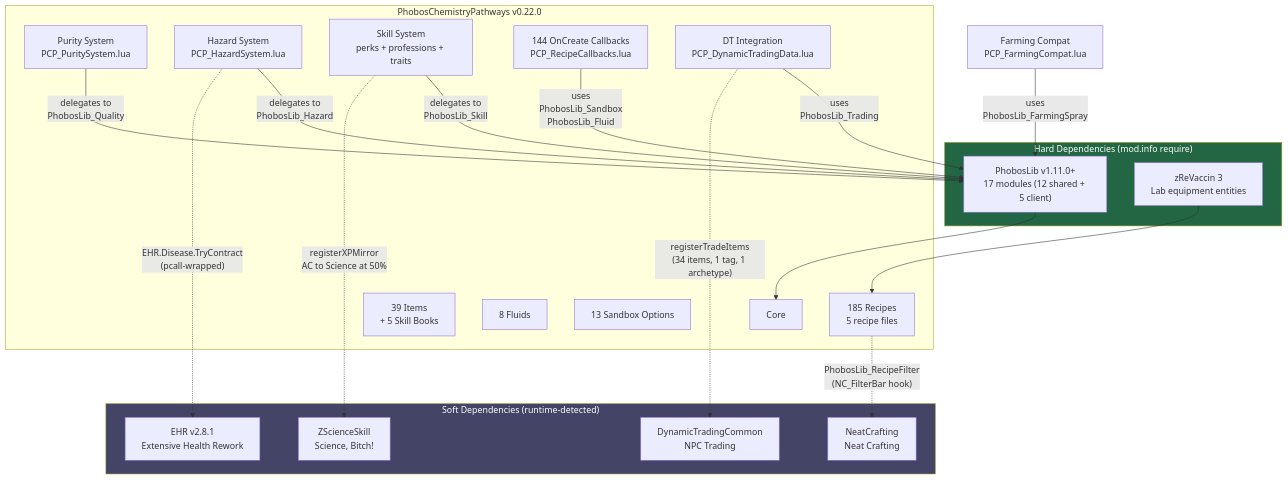
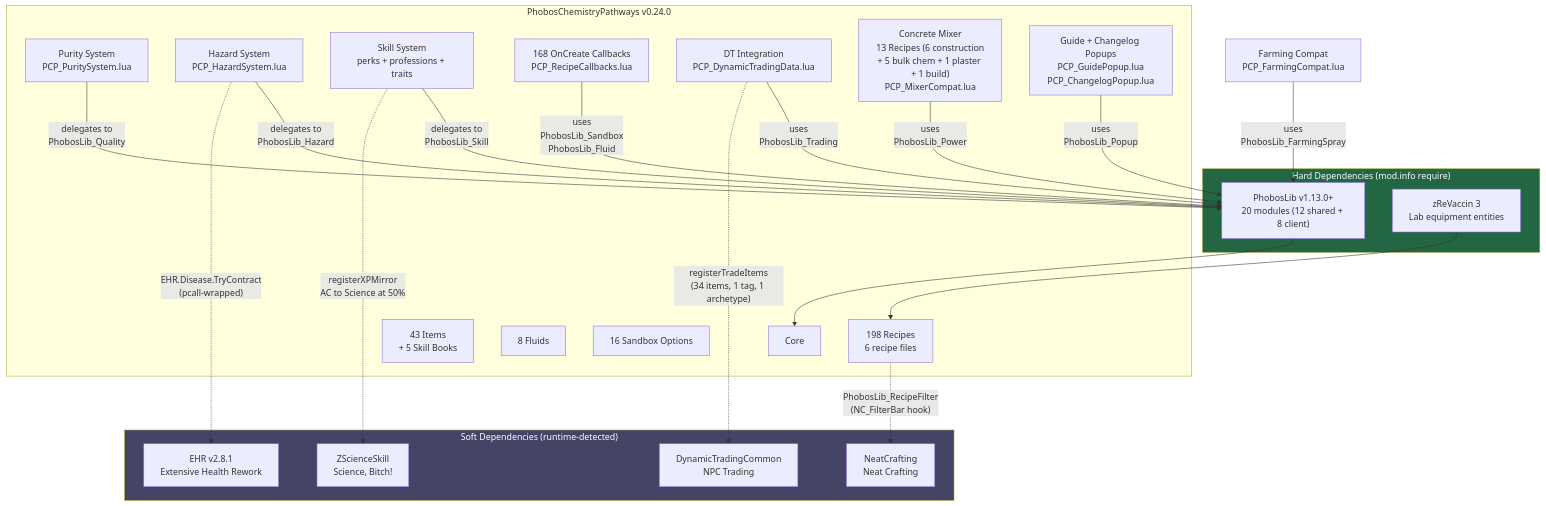
One commit to phobos-dthorga/mod-pz-chemistry-pathways changed the first of 2 diagrams in docs/diagrams/architecture.md. Above: the diagram before and after it, drawn with Mermaid. The commit also changed other lines of this file and 4 other files, not shown here.

First line of the commit message:
docs: update diagrams for v0.24.0

````diff
--- a/docs/diagrams/architecture.md
+++ b/docs/diagrams/architecture.md
@@ -26,46 +26,50 @@
 ```mermaid
 graph TB
     subgraph HARD["Hard Dependencies (mod.info require)"]
-        PL["PhobosLib v1.11.0+<br/>17 modules (12 shared + 5 client)"]
+        PL["PhobosLib v1.13.0+<br/>20 modules (12 shared + 8 client)"]
         ZR["zReVaccin 3<br/>Lab equipment entities"]
     end
 
-    subgraph PCP["PhobosChemistryPathways v0.22.0"]
+    subgraph PCP["PhobosChemistryPathways v0.24.0"]
         CORE["Core"]
-        REC["185 Recipes<br/>5 recipe files"]
-        ITEMS["39 Items<br/>+ 5 Skill Books"]
+        REC["198 Recipes<br/>6 recipe files"]
+        ITEMS["43 Items<br/>+ 5 Skill Books"]
         FLUIDS["8 Fluids"]
-        SB["13 Sandbox Options"]
+        SB["16 Sandbox Options"]
         PURITY["Purity System<br/>PCP_PuritySystem.lua"]
         HAZARD["Hazard System<br/>PCP_HazardSystem.lua"]
         SKILL["Skill System<br/>perks + professions + traits"]
-        CALLBACKS["144 OnCreate Callbacks<br/>PCP_RecipeCallbacks.lua"]
+        CALLBACKS["168 OnCreate Callbacks<br/>PCP_RecipeCallbacks.lua"]
         TRADING["DT Integration<br/>PCP_DynamicTradingData.lua"]
+        MIXER["Concrete Mixer<br/>13 Recipes (6 construction<br/>+ 5 bulk chem + 1 plaster + 1 build)<br/>PCP_MixerCompat.lua"]
+        POPUP["Guide + Changelog Popups<br/>PCP_GuidePopup.lua<br/>PCP_ChangelogPopup.lua"]
     end
 
     subgraph SOFT["Soft Dependencies (runtime-detected)"]
         ZSS["ZScienceSkill<br/>Science, Bitch!"]
         EHR["EHR v2.8.1<br/>Extensive Health Rework"]
         DT["DynamicTradingCommon<br/>NPC Trading"]
         NC["NeatCrafting<br/>Neat Crafting"]
     end
 
     PL --> CORE
     ZR --> REC
 
     PURITY -->|"delegates to<br/>PhobosLib_Quality"| PL
     HAZARD -->|"delegates to<br/>PhobosLib_Hazard"| PL
     SKILL -->|"delegates to<br/>PhobosLib_Skill"| PL
     CALLBACKS -->|"uses<br/>PhobosLib_Sandbox<br/>PhobosLib_Fluid"| PL
     TRADING -->|"uses<br/>PhobosLib_Trading"| PL
     FARMING["Farming Compat<br/>PCP_FarmingCompat.lua"]
     FARMING -->|"uses<br/>PhobosLib_FarmingSpray"| PL
+    MIXER -->|"uses<br/>PhobosLib_Power"| PL
+    POPUP -->|"uses<br/>PhobosLib_Popup"| PL
 
     HAZARD -.->|"EHR.Disease.TryContract<br/>(pcall-wrapped)"| EHR
     SKILL -.->|"registerXPMirror<br/>AC to Science at 50%"| ZSS
     TRADING -.->|"registerTradeItems<br/>(34 items, 1 tag, 1 archetype)"| DT
     REC -.->|"PhobosLib_RecipeFilter<br/>(NC_FilterBar hook)"| NC
 
     style HARD fill:#264,color:#fff
     style SOFT fill:#446,color:#fff
 ```
````
